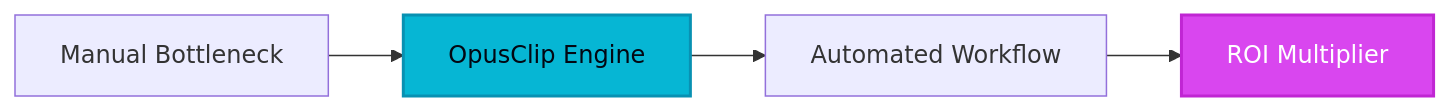
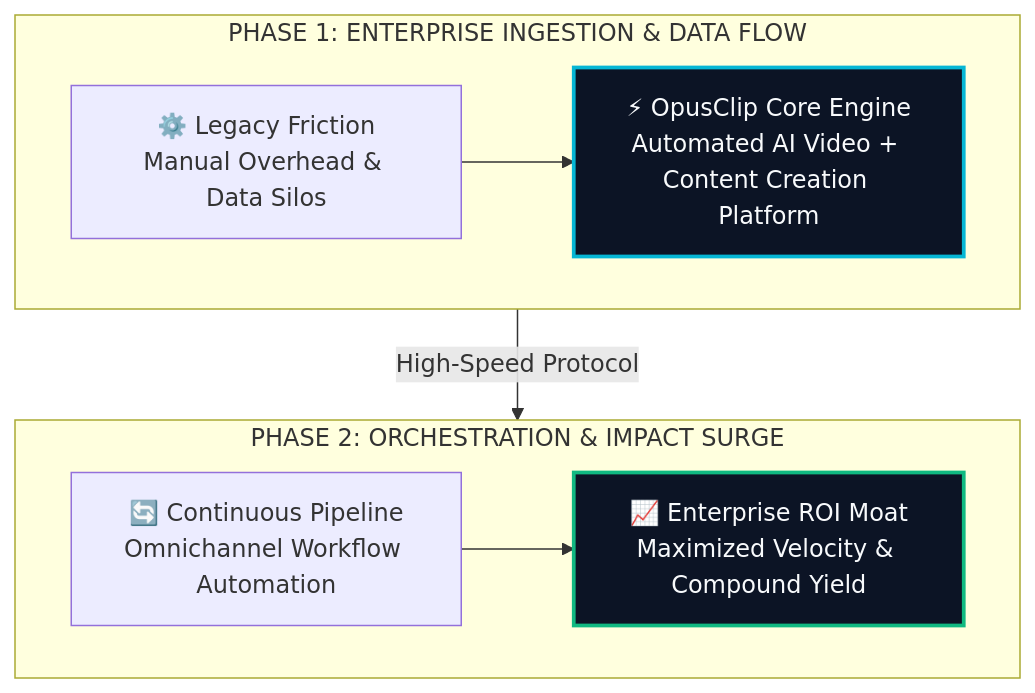
One commit to heliatech-media/saas-radar changed the diagram in site/src/content/blog/opus-clip-evolution-guide-2026.md. Above: the diagram before and after it, drawn with Mermaid. The commit also changed 97 other files, not shown here.

First line of the commit message:
feat(diagrams): upgrade all article architecture schemas to high-impact 2-tier responsive vector blueprints

````diff
--- a/site/src/content/blog/opus-clip-evolution-guide-2026.md
+++ b/site/src/content/blog/opus-clip-evolution-guide-2026.md
@@ -56,8 +56,14 @@
 ```mermaid
-flowchart LR
-    A[Manual Bottleneck] --> B[OpusClip Engine]
-    B --> C[Automated Workflow]
-    C --> D[ROI Multiplier]
-    style B fill:#06b6d4,stroke:#0891b2,stroke-width:2px,color:#030712
-    style D fill:#d946ef,stroke:#c026d3,stroke-width:2px,color:#ffffff
+flowchart TD
+    subgraph S1["PHASE 1: ENTERPRISE INGESTION & DATA FLOW"]
+        direction LR
+        A["⚙️ Legacy Friction<br/>Manual Overhead & Data Silos"] --> B["⚡ OpusClip Core Engine<br/>Automated AI Video + Content Creation Platform"]
+    end
+    subgraph S2["PHASE 2: ORCHESTRATION & IMPACT SURGE"]
+        direction LR
+        C["🔄 Continuous Pipeline<br/>Omnichannel Workflow Automation"] --> D["📈 Enterprise ROI Moat<br/>Maximized Velocity & Compound Yield"]
+    end
+    S1 -->|High-Speed Protocol| S2
+    style B fill:#0c1425,stroke:#06b6d4,stroke-width:2.5px,color:#f8fafc
+    style D fill:#0c1425,stroke:#10b981,stroke-width:2.5px,color:#f8fafc
 ```
````
